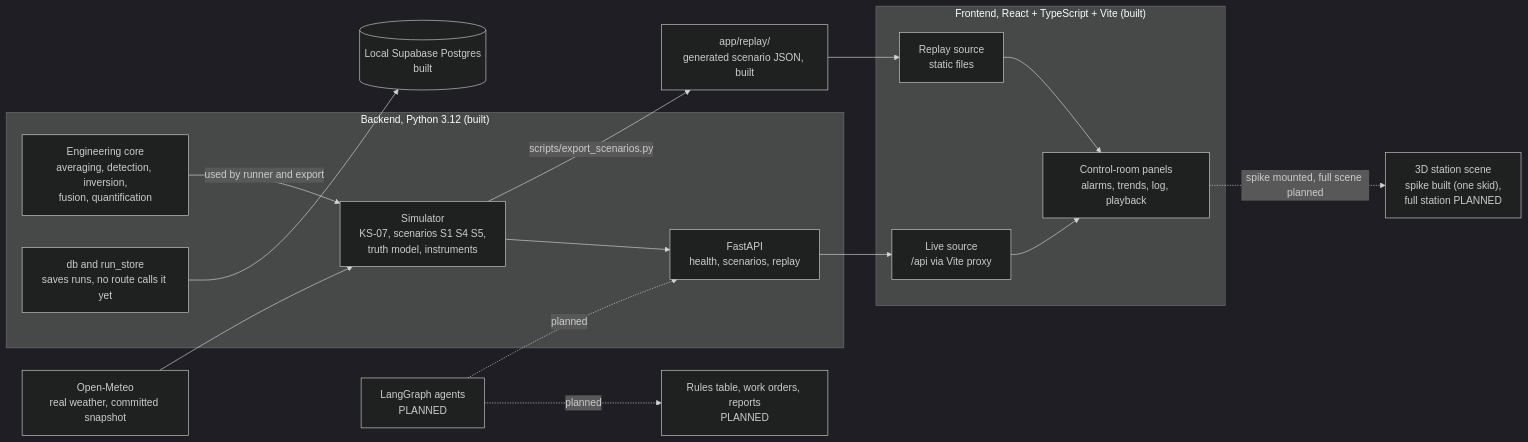
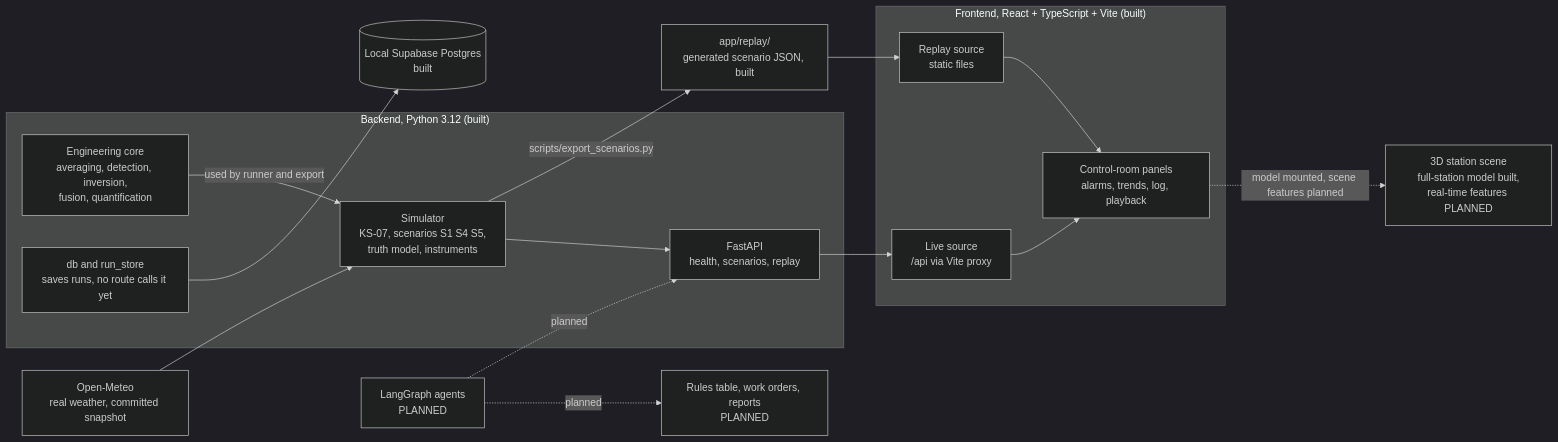
The diagram in docs/README.md (Nagdy8888/PlumeTrace), drawn with Mermaid (dark theme) before and after one commit. The commit also changed other lines of this file and 32 other files, not shown here.

First line of the commit message:
feat(3d): add piping, site, lighting bake and budget-checked full-station glb

````diff
--- a/docs/README.md
+++ b/docs/README.md
@@ -8,32 +8,32 @@
 ```mermaid
 flowchart LR
     OM["Open-Meteo<br/>real weather, committed snapshot"]
     subgraph BE["Backend, Python 3.12 (built)"]
         SIM["Simulator<br/>KS-07, scenarios S1 S4 S5,<br/>truth model, instruments"]
         ENG["Engineering core<br/>averaging, detection, inversion,<br/>fusion, quantification"]
         API["FastAPI<br/>health, scenarios, replay"]
         STORE["db and run_store<br/>saves runs, no route calls it yet"]
     end
     PG[("Local Supabase Postgres<br/>built")]
     RP["app/replay/<br/>generated scenario JSON, built"]
     subgraph FE["Frontend, React + TypeScript + Vite (built)"]
         LIVE["Live source<br/>/api via Vite proxy"]
         REPL["Replay source<br/>static files"]
         UI["Control-room panels<br/>alarms, trends, log, playback"]
     end
     AG["LangGraph agents<br/>PLANNED"]
-    TD["3D station scene<br/>spike built (one skid),<br/>full station PLANNED"]
+    TD["3D station scene<br/>full-station model built,<br/>real-time features PLANNED"]
     RR["Rules table, work orders, reports<br/>PLANNED"]
     OM --> SIM
     ENG -->|"used by runner and export"| SIM
     SIM --> API
     API --> LIVE
     SIM -->|"scripts/export_scenarios.py"| RP
     RP --> REPL
     LIVE --> UI
     REPL --> UI
     STORE --> PG
     AG -.->|planned| API
     AG -.->|planned| RR
-    UI -.->|"spike mounted, full scene planned"| TD
+    UI -.->|"model mounted, scene features planned"| TD
 ```
````
